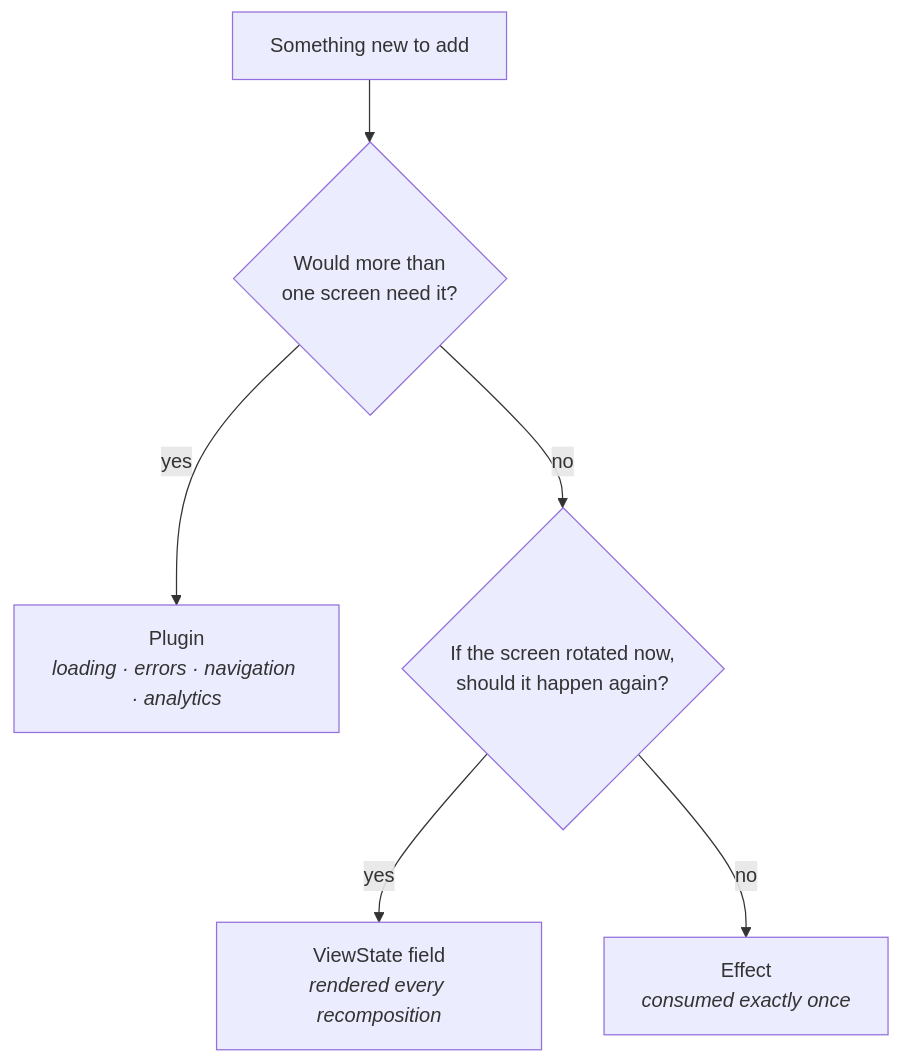
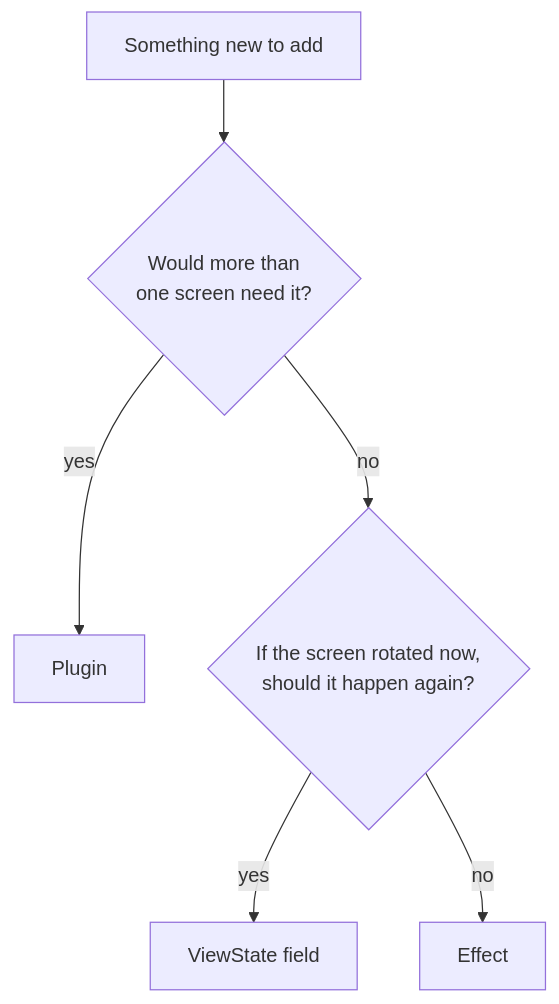
One commit to Alinasser96/MVIdelg changed the fourth of 4 diagrams in README.md. Above: the diagram before and after it, drawn with Mermaid. The commit also changed other lines of this file, not shown here.

````diff
--- a/README.md
+++ b/README.md
@@ -372,9 +371,9 @@
 ```mermaid
 graph TD
     Q["Something new to add"]
     Q --> Q1{"Would more than<br/>one screen need it?"}
-    Q1 -->|"yes"| P["Plugin<br/><i>loading · errors · navigation · analytics</i>"]
+    Q1 -->|"yes"| P["Plugin"]
     Q1 -->|"no"| Q2{"If the screen rotated now,<br/>should it happen again?"}
-    Q2 -->|"yes"| S["ViewState field<br/><i>rendered every recomposition</i>"]
-    Q2 -->|"no"| E["Effect<br/><i>consumed exactly once</i>"]
+    Q2 -->|"yes"| S["ViewState field"]
+    Q2 -->|"no"| E["Effect"]
 ```
````
